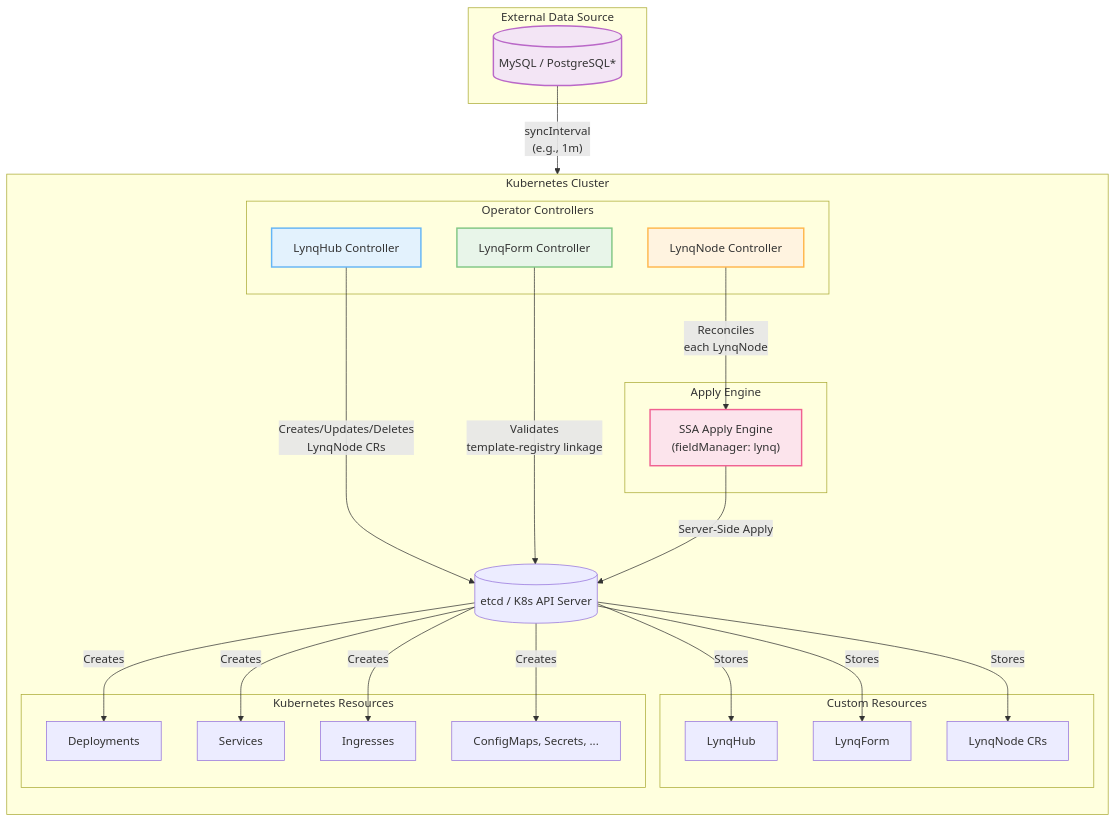
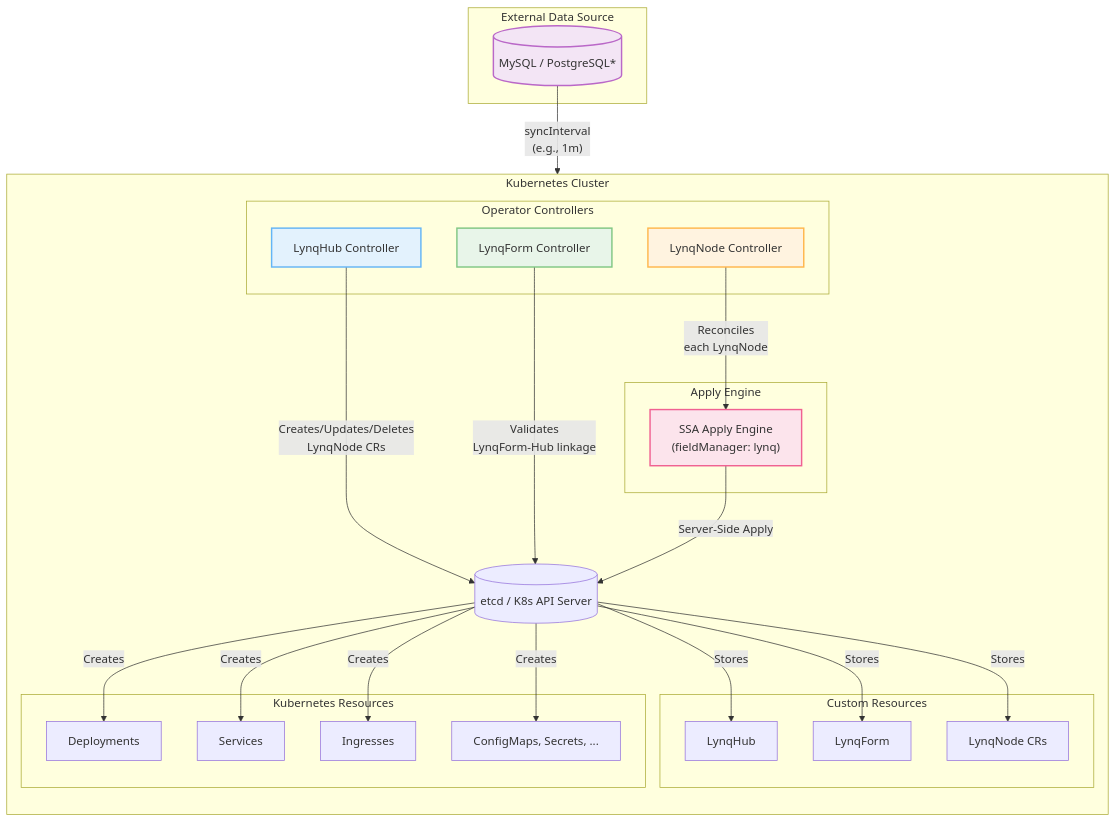
The first of 3 diagrams in docs/architecture.md (k8s-lynq/lynq), drawn with Mermaid before and after one commit. The commit also changed other lines of this file and 21 other files, not shown here.

````diff
--- a/docs/architecture.md
+++ b/docs/architecture.md
@@ -17,56 +17,56 @@
 ```mermaid
 flowchart TB
     subgraph External["External Data Source"]
         DB[(MySQL / PostgreSQL*)]
     end
 
     subgraph Cluster["Kubernetes Cluster"]
         direction TB
 
         subgraph Controllers["Operator Controllers"]
             RC[LynqHub Controller]
             TC[LynqForm Controller]
             TNC[LynqNode Controller]
         end
 
         subgraph CRDs["Custom Resources"]
             TR[LynqHub]
             TT[LynqForm]
             T[LynqNode CRs]
         end
 
         subgraph Engine["Apply Engine"]
             SSA["SSA Apply Engine<br/>(fieldManager: lynq)"]
         end
 
         subgraph Resources["Kubernetes Resources"]
             DEP[Deployments]
             SVC[Services]
             ING[Ingresses]
             etc[ConfigMaps, Secrets, ...]
         end
 
         API[(etcd / K8s API Server)]
     end
 
     DB -->|"syncInterval<br/>(e.g., 1m)"| RC
     RC -->|"Creates/Updates/Deletes<br/>LynqNode CRs"| API
     API -->|"Stores"| TR
     API -->|"Stores"| TT
     API -->|"Stores"| T
 
-    TC -->|"Validates<br/>template-registry linkage"| API
+    TC -->|"Validates<br/>LynqForm-Hub linkage"| API
     TNC -->|"Reconciles<br/>each LynqNode"| SSA
     SSA -->|"Server-Side Apply"| API
 
     API -->|"Creates"| DEP
     API -->|"Creates"| SVC
     API -->|"Creates"| ING
     API -->|"Creates"| etc
 
     style RC fill:#e3f2fd,stroke:#64b5f6,stroke-width:2px
     style TC fill:#e8f5e9,stroke:#81c784,stroke-width:2px
     style TNC fill:#fff3e0,stroke:#ffb74d,stroke-width:2px
     style SSA fill:#fce4ec,stroke:#f06292,stroke-width:2px
     style DB fill:#f3e5f5,stroke:#ba68c8,stroke-width:2px
 ```
````
